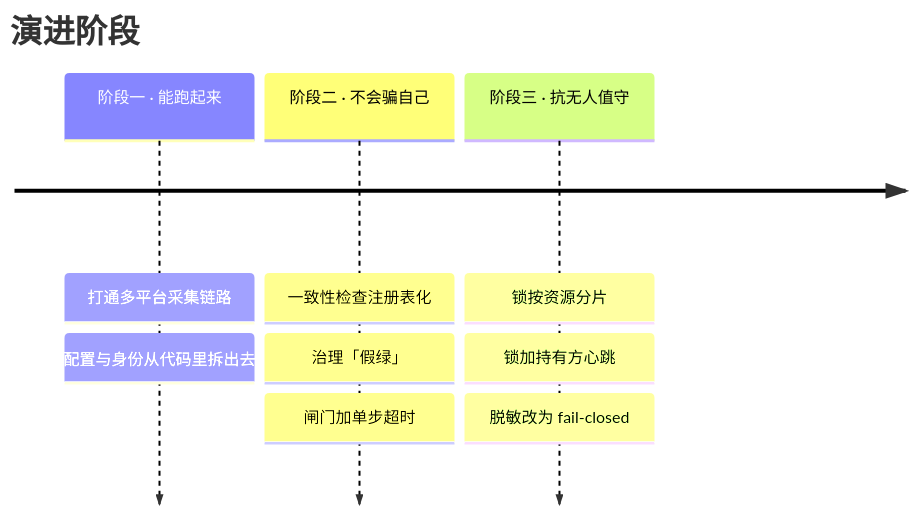
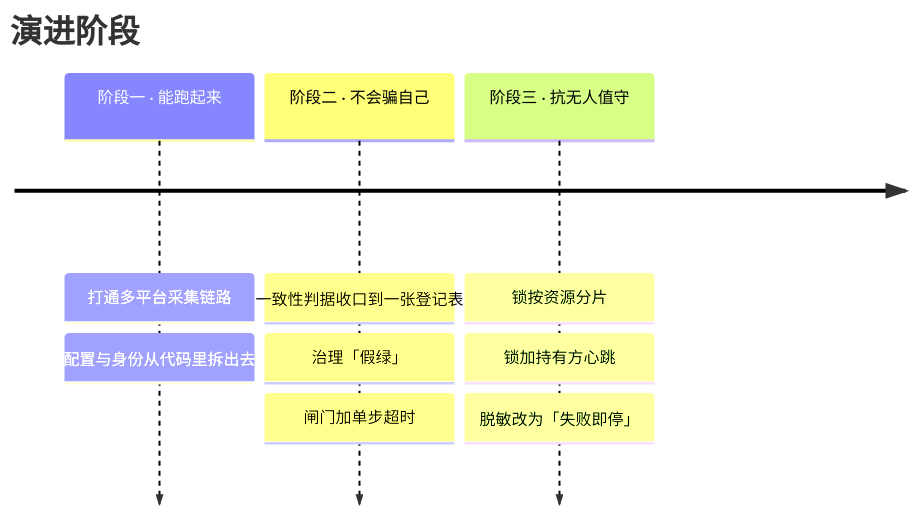
The diagram in docs/timeline.md (lq755467102-art/raising-a-zero-agent), drawn with Mermaid before and after one commit. The commit also changed other lines of this file and 7 other files, not shown here.

First line of the commit message:
docs: 补 fail-closed 定义 + 重写 timeline（去黑话/给名字带上功能）

````diff
--- a/docs/timeline.md
+++ b/docs/timeline.md
@@ -24,12 +24,12 @@
 ```mermaid
 timeline
     title 演进阶段
     阶段一 · 能跑起来 : 打通多平台采集链路
                       : 配置与身份从代码里拆出去
-    阶段二 · 不会骗自己 : 一致性检查注册表化
+    阶段二 · 不会骗自己 : 一致性判据收口到一张登记表
                       : 治理「假绿」
                       : 闸门加单步超时
     阶段三 · 抗无人值守 : 锁按资源分片
                       : 锁加持有方心跳
-                      : 脱敏改为 fail-closed
+                      : 脱敏改为「失败即停」
 ```
````
